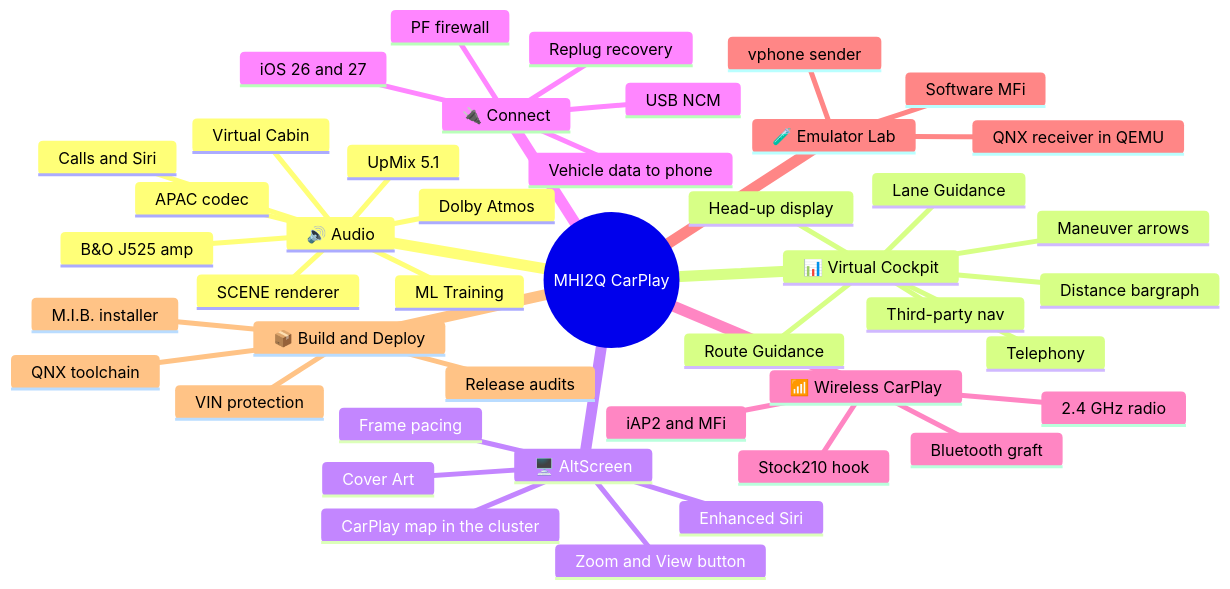
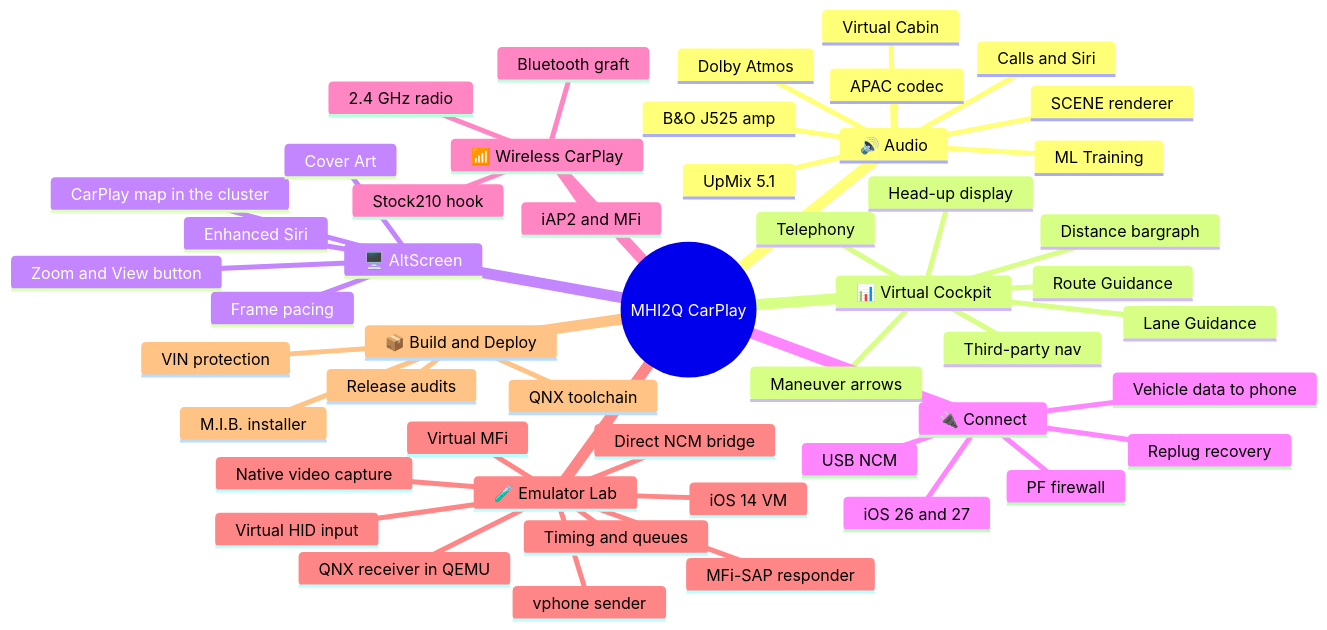
One commit to luka-dev/mib2q-carplay-rgi changed the diagram in README.md. Above: the diagram before and after it, drawn with Mermaid.

Commit message:
docs: list emulator lab components in the README mindmap

````diff
--- a/README.md
+++ b/README.md
@@ -118,47 +118,53 @@
 ```mermaid
 mindmap
   root((MHI2Q CarPlay))
     🔊 Audio
       UpMix 5.1
       SCENE renderer
       ML Training
       Virtual Cabin
       B&O J525 amp
       Dolby Atmos
       APAC codec
       Calls and Siri
     📊 Virtual Cockpit
       Route Guidance
       Maneuver arrows
       Lane Guidance
       Distance bargraph
       Head-up display
       Telephony
       Third-party nav
     🖥️ AltScreen
       CarPlay map in the cluster
       Frame pacing
       Zoom and View button
       Cover Art
       Enhanced Siri
     🔌 Connect
       USB NCM
       Replug recovery
       iOS 26 and 27
       Vehicle data to phone
       PF firewall
     📶 Wireless CarPlay
       Stock210 hook
       Bluetooth graft
       iAP2 and MFi
       2.4 GHz radio
     🧪 Emulator Lab
       vphone sender
       QNX receiver in QEMU
-      Software MFi
+      Virtual MFi
+      MFi-SAP responder
+      Direct NCM bridge
+      Virtual HID input
+      Native video capture
+      Timing and queues
+      iOS 14 VM
     📦 Build and Deploy
       QNX toolchain
       M.I.B. installer
       VIN protection
       Release audits
 ```
````
